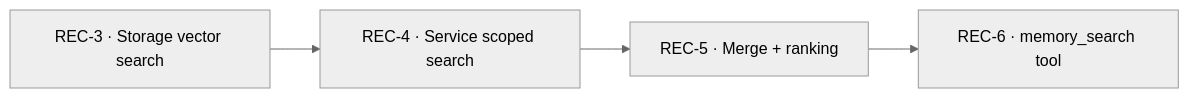
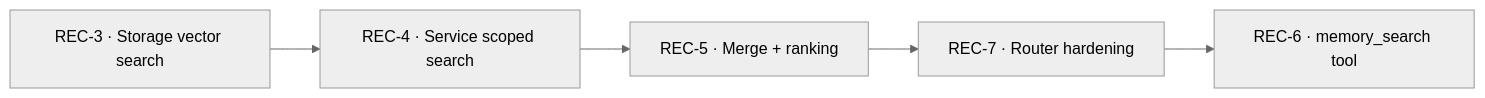
Before and after one commit to mironyx/recall: the fourth of 4 diagrams in docs/design/v2/lld-e2-search.md, drawn with Mermaid (neutral theme). The commit also changed other lines of this file, not shown here.

Commit message:
docs: E2 LLD — drop boost_window, define score semantics, split router hardening (REC-7)

````diff
--- a/docs/design/v2/lld-e2-search.md
+++ b/docs/design/v2/lld-e2-search.md
@@ -537,6 +592,7 @@
 ```mermaid
 graph LR
   T1["REC-3 · Storage vector search"] --> T2["REC-4 · Service scoped search"]
   T2 --> T3["REC-5 · Merge + ranking"]
-  T3 --> T4["REC-6 · memory_search tool"]
+  T3 --> T5["REC-7 · Router hardening"]
+  T5 --> T4["REC-6 · memory_search tool"]
 ```
````
